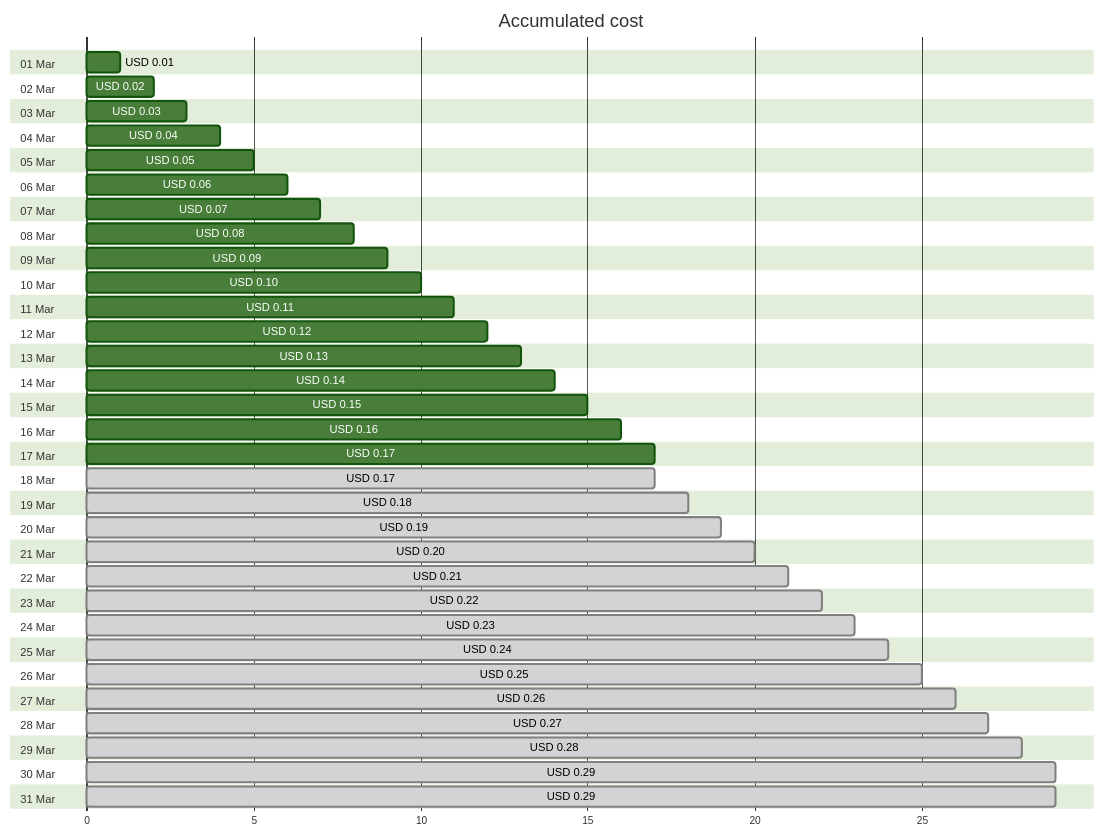
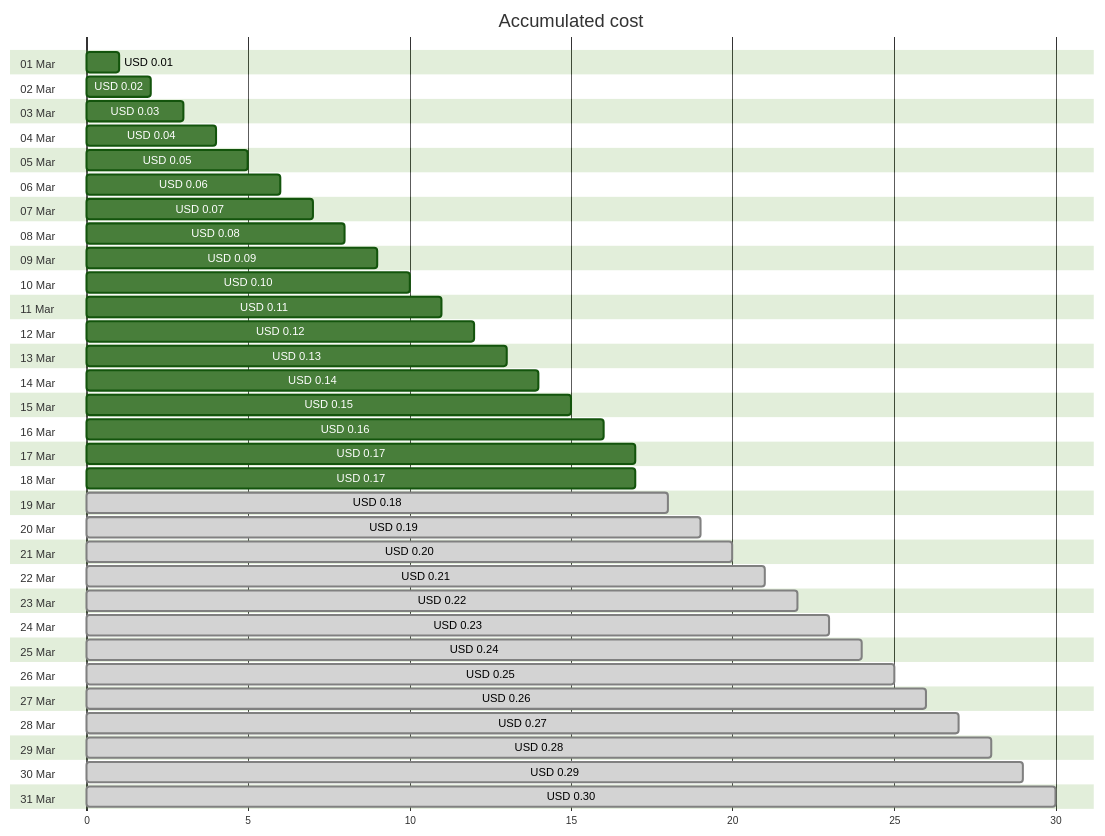
One commit to jpfulton/azure-personal-reports changed the first of 4 diagrams in cost-reports/cloud-shell-storage-eastus/README.md. Above: the diagram before and after it, drawn with Mermaid (forest theme). The commit also changed other lines of this file and 1 other file, not shown here.

Commit message:
Generated reports [skip ci]

````diff
--- a/cost-reports/cloud-shell-storage-eastus/README.md
+++ b/cost-reports/cloud-shell-storage-eastus/README.md
@@ -20,68 +20,68 @@
 ```mermaid
 gantt
    title Accumulated cost
    dateFormat  X
    axisFormat %s
    section 01 Mar
    USD 0.01 :0, 1
    section 02 Mar
    USD 0.02 :0, 2
    section 03 Mar
    USD 0.03 :0, 3
    section 04 Mar
    USD 0.04 :0, 4
    section 05 Mar
    USD 0.05 :0, 5
    section 06 Mar
    USD 0.06 :0, 6
    section 07 Mar
    USD 0.07 :0, 7
    section 08 Mar
    USD 0.08 :0, 8
    section 09 Mar
    USD 0.09 :0, 9
    section 10 Mar
    USD 0.10 :0, 10
    section 11 Mar
    USD 0.11 :0, 11
    section 12 Mar
    USD 0.12 :0, 12
    section 13 Mar
    USD 0.13 :0, 13
    section 14 Mar
    USD 0.14 :0, 14
    section 15 Mar
    USD 0.15 :0, 15
    section 16 Mar
    USD 0.16 :0, 16
    section 17 Mar
    USD 0.17 :0, 17
    section 18 Mar
-   USD 0.17 : done, 0, 17
+   USD 0.17 :0, 17
    section 19 Mar
    USD 0.18 : done, 0, 18
    section 20 Mar
    USD 0.19 : done, 0, 19
    section 21 Mar
    USD 0.20 : done, 0, 20
    section 22 Mar
    USD 0.21 : done, 0, 21
    section 23 Mar
    USD 0.22 : done, 0, 22
    section 24 Mar
    USD 0.23 : done, 0, 23
    section 25 Mar
    USD 0.24 : done, 0, 24
    section 26 Mar
    USD 0.25 : done, 0, 25
    section 27 Mar
    USD 0.26 : done, 0, 26
    section 28 Mar
    USD 0.27 : done, 0, 27
    section 29 Mar
    USD 0.28 : done, 0, 28
    section 30 Mar
    USD 0.29 : done, 0, 29
    section 31 Mar
-   USD 0.29 : done, 0, 29
+   USD 0.30 : done, 0, 30
 ```
````
